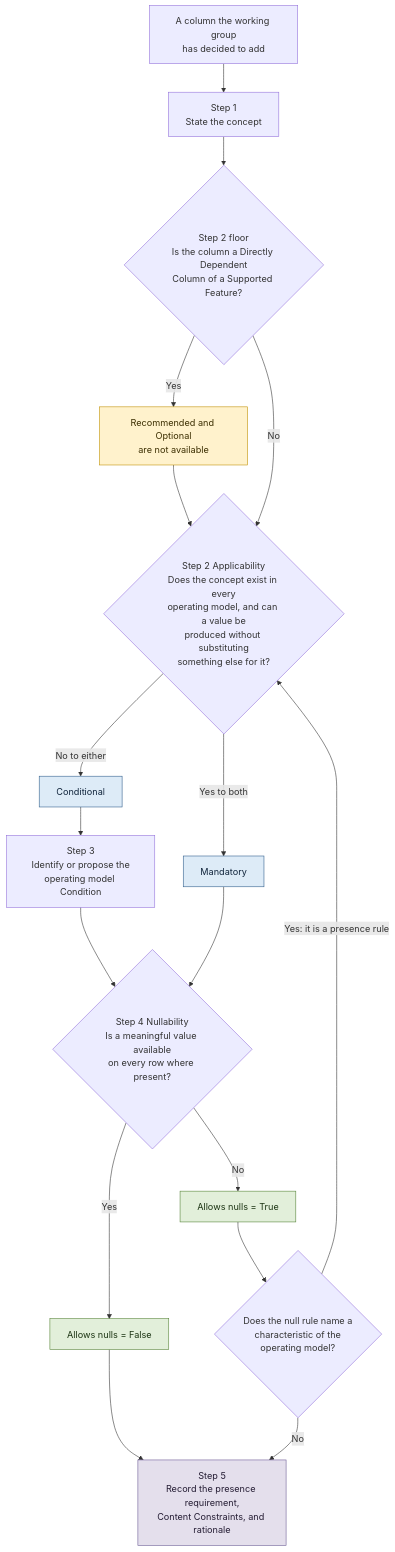
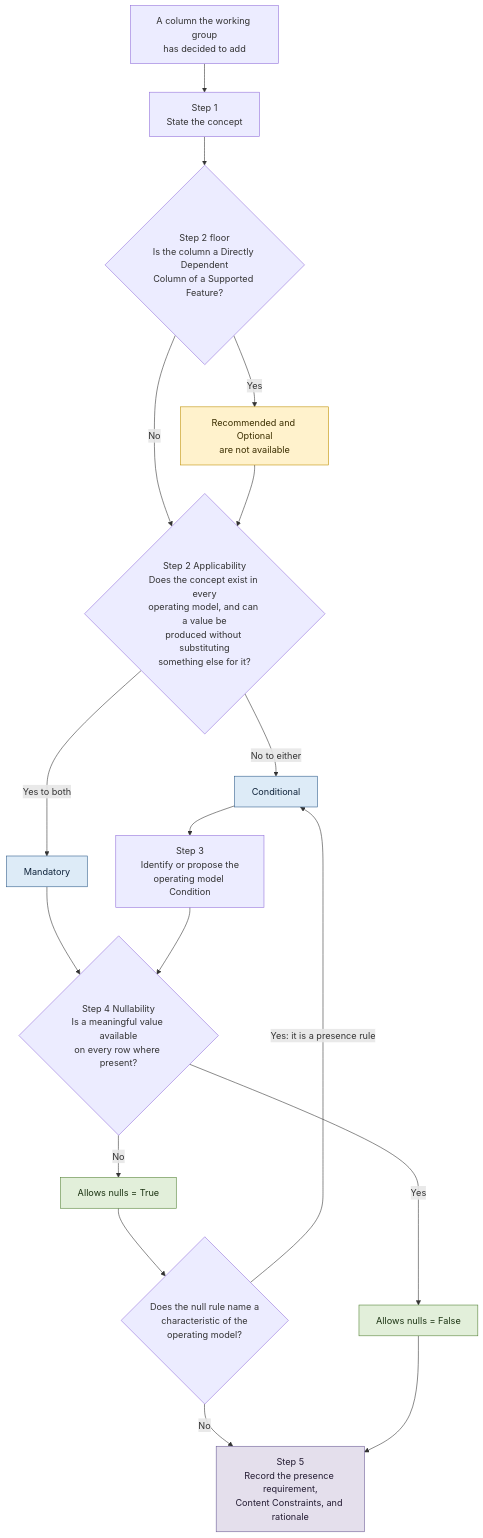
The diagram in guidelines/contributors/feature-level-rubric-guidelines.md (FinOps-Open-Cost-and-Usage-Spec/FOCUS_Spec), drawn with Mermaid before and after one commit. The commit also changed other lines of this file and 2 other files, not shown here.

````diff
--- a/guidelines/contributors/feature-level-rubric-guidelines.md
+++ b/guidelines/contributors/feature-level-rubric-guidelines.md
@@ -104,28 +104,28 @@
 ```mermaid
 flowchart TD
     A["A column the working group<br/>has decided to add"] --> S1["Step 1<br/>State the concept"]
     S1 --> F{"Step 2 floor<br/>Is the column a Directly Dependent<br/>Column of a Supported Feature?"}
     F -->|"Yes"| FL["Recommended and Optional<br/>are not available"]
     F -->|"No"| S2{"Step 2 Applicability<br/>Does the concept exist in every<br/>operating model, and can a value be<br/>produced without substituting<br/>something else for it?"}
     FL --> S2
     S2 -->|"No to either"| C["Conditional"]
     S2 -->|"Yes to both"| M["Mandatory"]
     C --> S3["Step 3<br/>Identify or propose the<br/>operating model Condition"]
     M --> S4{"Step 4 Nullability<br/>Is a meaningful value available<br/>on every row where present?"}
     S3 --> S4
     S4 -->|"Yes"| NF["Allows nulls = False"]
     S4 -->|"No"| NT["Allows nulls = True"]
     NT --> D{"Does the null rule name a<br/>characteristic of the<br/>operating model?"}
-    D -->|"Yes: it is a presence rule"| S2
+    D -->|"Yes: it is a presence rule"| C
     D -->|"No"| S5["Step 5<br/>Record the presence requirement,<br/>Content Constraints, and rationale"]
     NF --> S5
 
     classDef level fill:#DDEBF7,stroke:#2E5C8A,color:#10243B
     classDef nulls fill:#E2EFDA,stroke:#548235,color:#1B3312
     classDef note fill:#FFF2CC,stroke:#BF8F00,color:#3B2E00
     classDef out fill:#E4DFEC,stroke:#6B5B95,color:#241C33
     class M,C level
     class NF,NT nulls
     class FL note
     class S5 out
 ```
````
